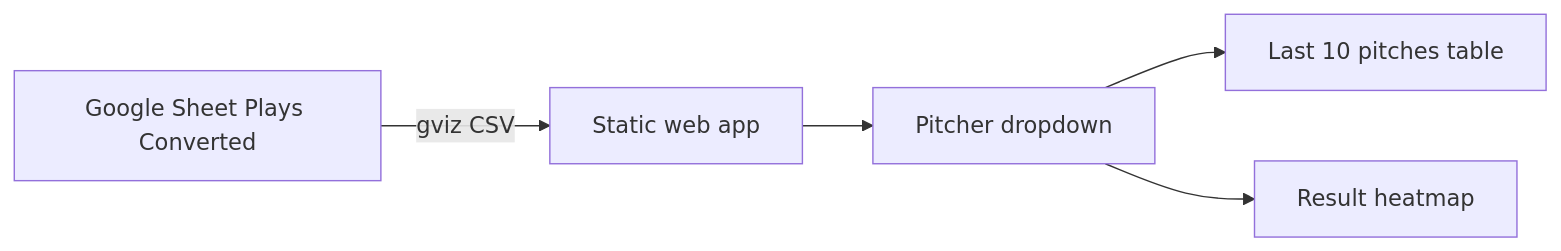
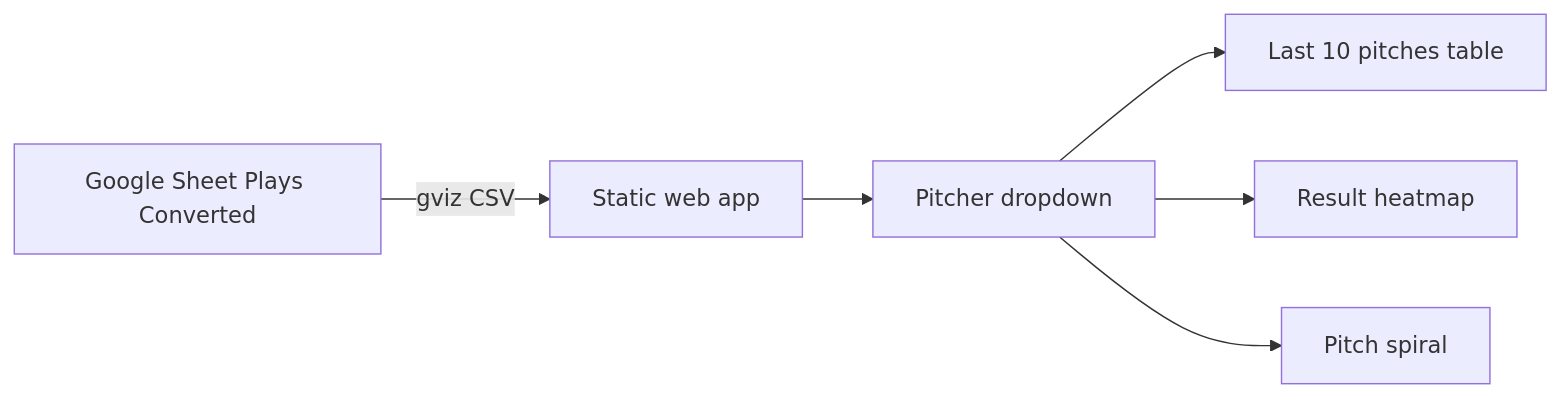
The diagram in docs/rln-charts-dashboard.md (OrbTheRobot/Tornado-Scouting), drawn with Mermaid before and after one commit. The commit also changed other lines of this file and 4 other files, not shown here.

First line of the commit message:
Add pitcher pitch spiral chart for full pitch history.

````diff
--- a/docs/rln-charts-dashboard.md
+++ b/docs/rln-charts-dashboard.md
@@ -9,7 +9,8 @@
 ```mermaid
 flowchart LR
     Sheet[Google Sheet Plays Converted] -->|gviz CSV| App[Static web app]
     App --> Filter[Pitcher dropdown]
     Filter --> Table[Last 10 pitches table]
     Filter --> Heatmap[Result heatmap]
+    Filter --> Spiral[Pitch spiral]
 ```
````
